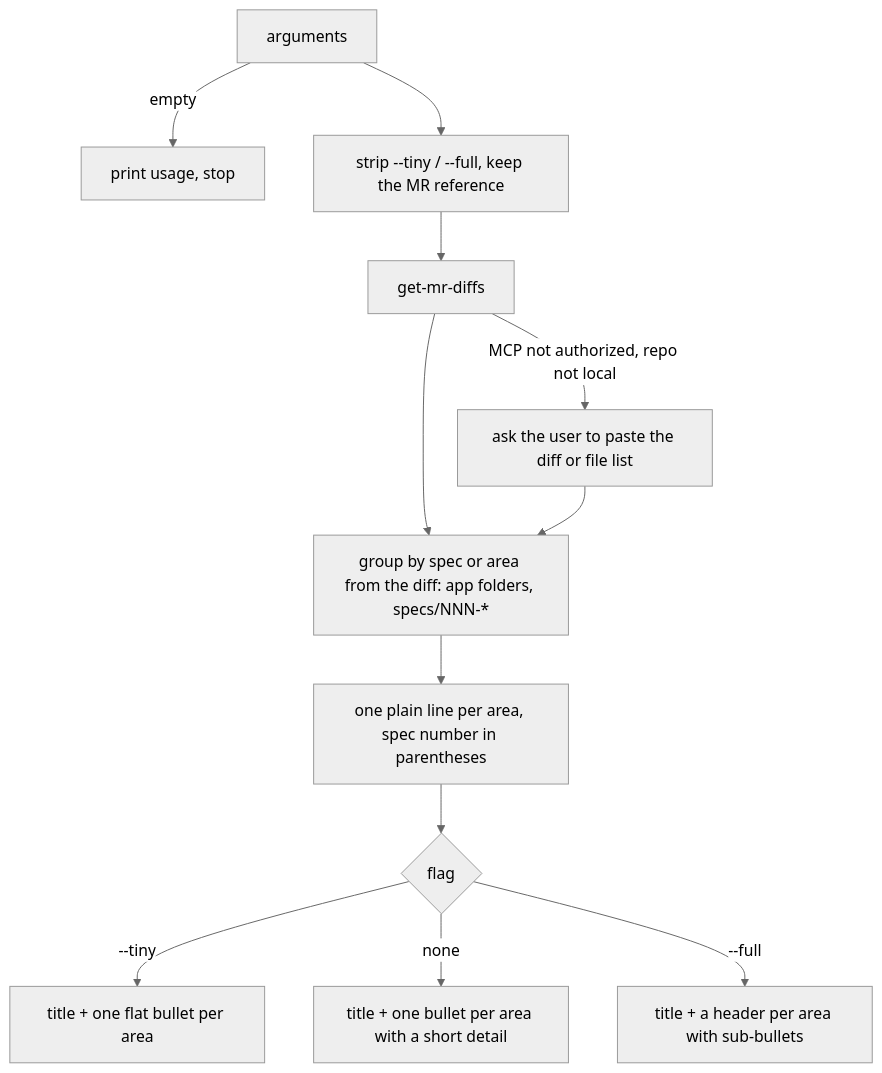
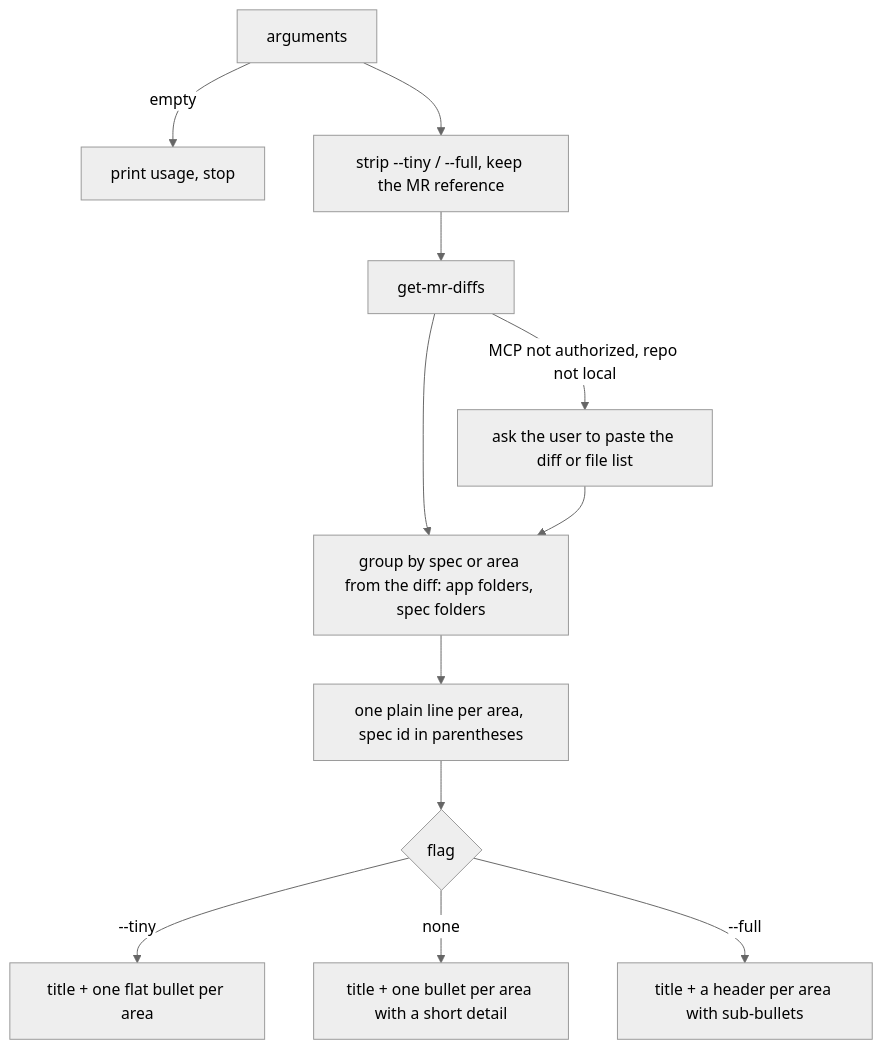
One commit to naphatwx/naphatwx-tools changed the diagram in plugins/naphatwx-tools/skills/generate-changelog/README.md. Above: the diagram before and after it, drawn with Mermaid (neutral theme). The commit also changed 31 other files, not shown here.

````diff
--- a/plugins/naphatwx-tools/skills/generate-changelog/README.md
+++ b/plugins/naphatwx-tools/skills/generate-changelog/README.md
@@ -20,14 +20,14 @@
 ```mermaid
 graph TD
     A[arguments] -->|empty| U[print usage, stop]
     A --> B[strip --tiny / --full, keep the MR reference]
     B --> C[get-mr-diffs]
     C -->|MCP not authorized, repo not local| P[ask the user to paste the diff or file list]
-    C --> D[group by spec or area from the diff: app folders, specs/NNN-*]
+    C --> D[group by spec or area from the diff: app folders, spec folders]
     P --> D
-    D --> E[one plain line per area, spec number in parentheses]
+    D --> E[one plain line per area, spec id in parentheses]
     E --> F{flag}
     F -->|--tiny| T[title + one flat bullet per area]
     F -->|none| N[title + one bullet per area with a short detail]
     F -->|--full| L[title + a header per area with sub-bullets]
 ```
````
